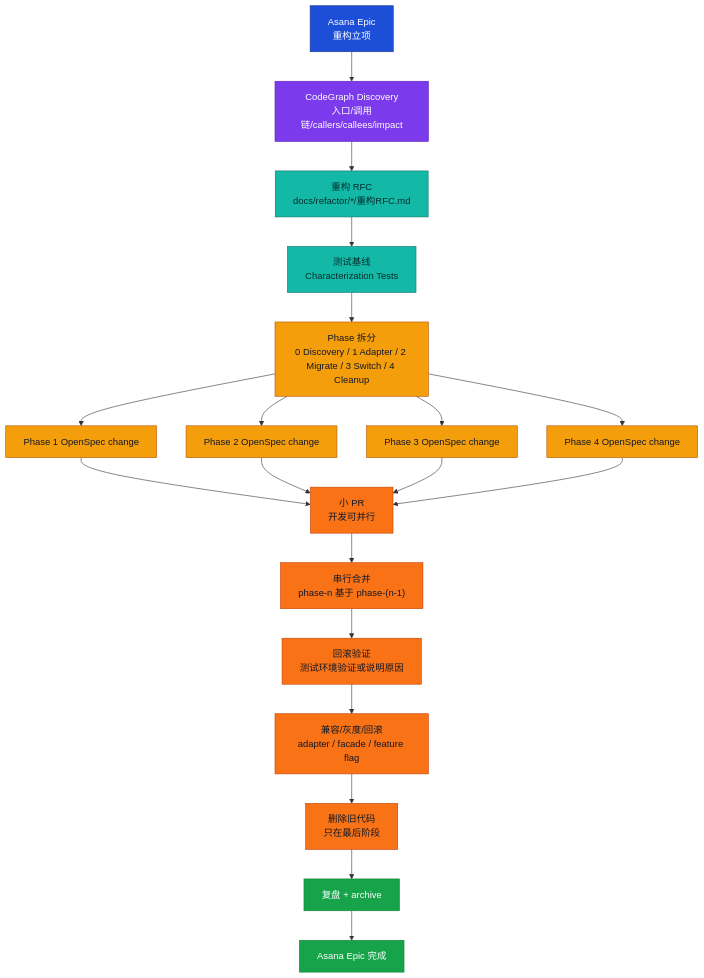
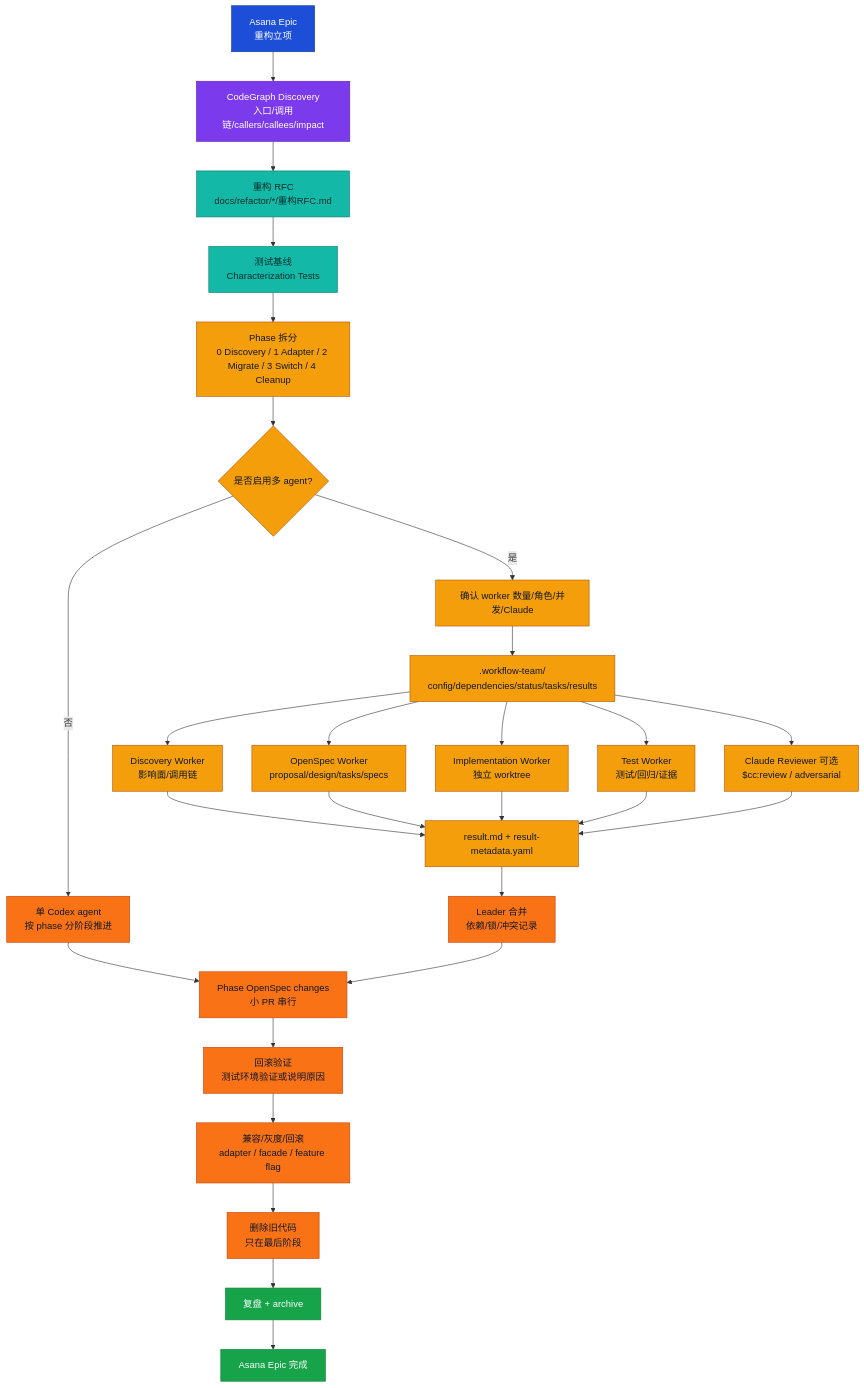
The third of 4 diagrams in 流程图.md (guobang1998/asana-openspec-java-workflow), drawn with Mermaid before and after one commit. The commit also changed other lines of this file and 18 other files, not shown here.

````diff
--- a/流程图.md
+++ b/流程图.md
@@ -78,37 +78,46 @@
 ```mermaid
 flowchart TB
   A["Asana Epic<br/>重构立项"] --> B["CodeGraph Discovery<br/>入口/调用链/callers/callees/impact"]
   B --> C["重构 RFC<br/>docs/refactor/*/重构RFC.md"]
   C --> D["测试基线<br/>Characterization Tests"]
   D --> E["Phase 拆分<br/>0 Discovery / 1 Adapter / 2 Migrate / 3 Switch / 4 Cleanup"]
-  E --> F["Phase 1 OpenSpec change"]
-  E --> G["Phase 2 OpenSpec change"]
-  E --> H["Phase 3 OpenSpec change"]
-  E --> I["Phase 4 OpenSpec change"]
+  E --> E1{"是否启用多 agent?"}
+  E1 -- "否" --> S["单 Codex agent<br/>按 phase 分阶段推进"]
+  E1 -- "是" --> E2["确认 worker 数量/角色/并发/Claude"]
+  E2 --> T[".workflow-team/<change-id><br/>config/dependencies/status/tasks/results"]
 
-  F --> J["小 PR<br/>开发可并行"]
-  G --> J
-  H --> J
-  I --> J
+  T --> W1["Discovery Worker<br/>影响面/调用链"]
+  T --> W2["OpenSpec Worker<br/>proposal/design/tasks/specs"]
+  T --> W3["Implementation Worker<br/>独立 worktree"]
+  T --> W4["Test Worker<br/>测试/回归/证据"]
+  T --> W5["Claude Reviewer 可选<br/>$cc:review / adversarial"]
 
-  J --> K["串行合并<br/>phase-n 基于 phase-(n-1)"]
-  K --> K1["回滚验证<br/>测试环境验证或说明原因"]
+  W1 --> J["result.md + result-metadata.yaml"]
+  W2 --> J
+  W3 --> J
+  W4 --> J
+  W5 --> J
+
+  S --> P1["Phase OpenSpec changes<br/>小 PR 串行"]
+  J --> K["Leader 合并<br/>依赖/锁/冲突记录"]
+  K --> P1
+  P1 --> K1["回滚验证<br/>测试环境验证或说明原因"]
   K1 --> L["兼容/灰度/回滚<br/>adapter / facade / feature flag"]
   L --> M["删除旧代码<br/>只在最后阶段"]
   M --> N["复盘 + archive"]
   N --> O["Asana Epic 完成"]
 
   classDef epic fill:#1d4ed8,color:#fff,stroke:#1e3a8a;
   classDef discover fill:#7c3aed,color:#fff,stroke:#5b21b6;
   classDef rfc fill:#14b8a6,color:#042f2e,stroke:#0f766e;
   classDef phase fill:#f59e0b,color:#111827,stroke:#b45309;
   classDef pr fill:#f97316,color:#111827,stroke:#c2410c;
   classDef done fill:#16a34a,color:#fff,stroke:#15803d;
 
   class A epic;
   class B discover;
   class C,D rfc;
-  class E,F,G,H,I phase;
-  class J,K,K1,L,M pr;
+  class E,E1,E2,T,W1,W2,W3,W4,W5,J phase;
+  class S,P1,K,K1,L,M pr;
   class N,O done;
 ```
````
